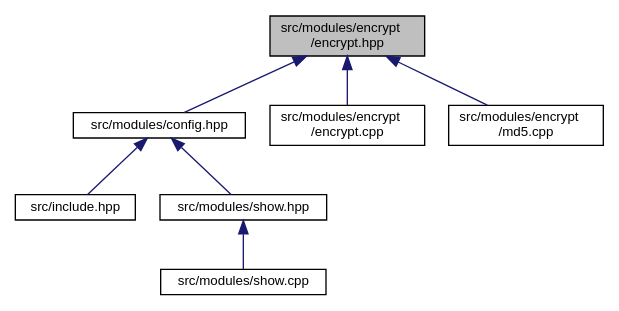
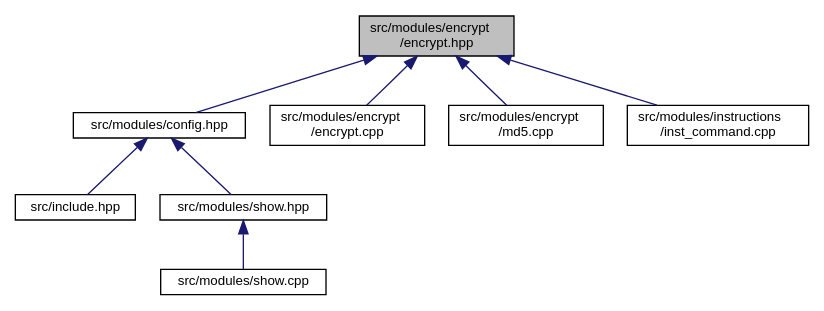
Before and after one commit to redhecker/easyVim: the diagram in docs/encrypt_8hpp__dep__incl.dot, drawn with Graphviz. The commit also changed 82 other files, not shown here.

```diff
--- a/docs/encrypt_8hpp__dep__incl.dot
+++ b/docs/encrypt_8hpp__dep__incl.dot
@@ -1,19 +1,21 @@
 digraph "src/modules/encrypt/encrypt.hpp"
 {
  // LATEX_PDF_SIZE
   edge [fontname="Helvetica",fontsize="10",labelfontname="Helvetica",labelfontsize="10"];
   node [fontname="Helvetica",fontsize="10",shape=record];
   Node1 [label="src/modules/encrypt\l/encrypt.hpp",height=0.2,width=0.4,color="black", fillcolor="grey75", style="filled", fontcolor="black",tooltip="easyVim加密解密模块"];
   Node1 -> Node2 [dir="back",color="midnightblue",fontsize="10",style="solid",fontname="Helvetica"];
   Node2 [label="src/modules/config.hpp",height=0.2,width=0.4,color="black", fillcolor="white", style="filled",URL="$config_8hpp.html",tooltip="配置文件，头文件汇总"];
   Node2 -> Node3 [dir="back",color="midnightblue",fontsize="10",style="solid",fontname="Helvetica"];
   Node3 [label="src/include.hpp",height=0.2,width=0.4,color="black", fillcolor="white", style="filled",URL="$include_8hpp.html",tooltip="easyVim动态库头文件"];
   Node2 -> Node4 [dir="back",color="midnightblue",fontsize="10",style="solid",fontname="Helvetica"];
   Node4 [label="src/modules/show.hpp",height=0.2,width=0.4,color="black", fillcolor="white", style="filled",URL="$show_8hpp.html",tooltip="easyVim显示模块头文件"];
   Node4 -> Node5 [dir="back",color="midnightblue",fontsize="10",style="solid",fontname="Helvetica"];
   Node5 [label="src/modules/show.cpp",height=0.2,width=0.4,color="black", fillcolor="white", style="filled",URL="$show_8cpp.html",tooltip="easyVim显示模块实现文件"];
   Node1 -> Node6 [dir="back",color="midnightblue",fontsize="10",style="solid",fontname="Helvetica"];
   Node6 [label="src/modules/encrypt\l/encrypt.cpp",height=0.2,width=0.4,color="black", fillcolor="white", style="filled",URL="$encrypt_8cpp.html",tooltip="easyVim加密解密模块"];
   Node1 -> Node7 [dir="back",color="midnightblue",fontsize="10",style="solid",fontname="Helvetica"];
   Node7 [label="src/modules/encrypt\l/md5.cpp",height=0.2,width=0.4,color="black", fillcolor="white", style="filled",URL="$md5_8cpp.html",tooltip="easyVim MD5加密算法"];
+  Node1 -> Node8 [dir="back",color="midnightblue",fontsize="10",style="solid",fontname="Helvetica"];
+  Node8 [label="src/modules/instructions\l/inst_command.cpp",height=0.2,width=0.4,color="black", fillcolor="white", style="filled",URL="$inst__command_8cpp.html",tooltip="easyVim指令模块实现文件"];
 }
```
